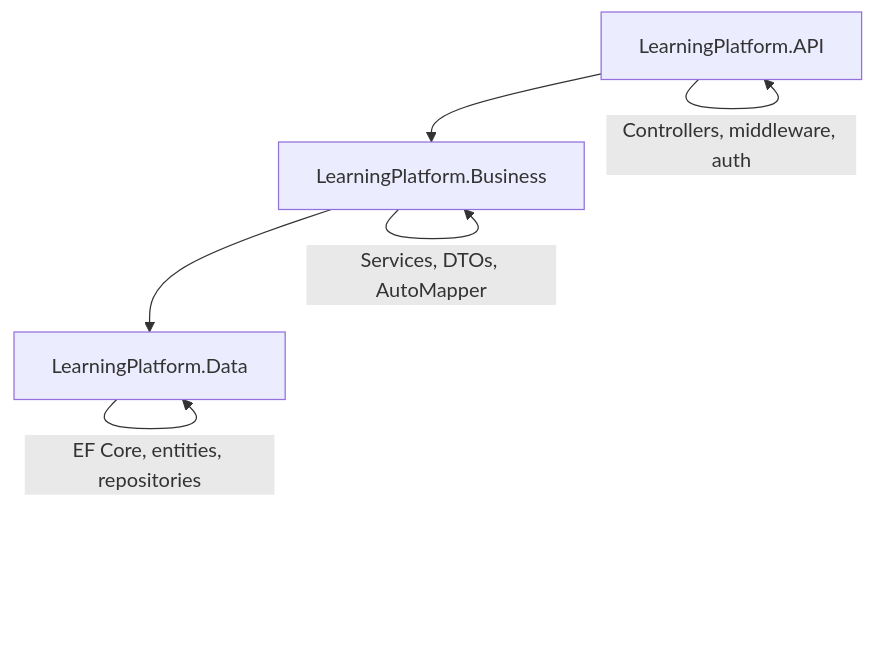
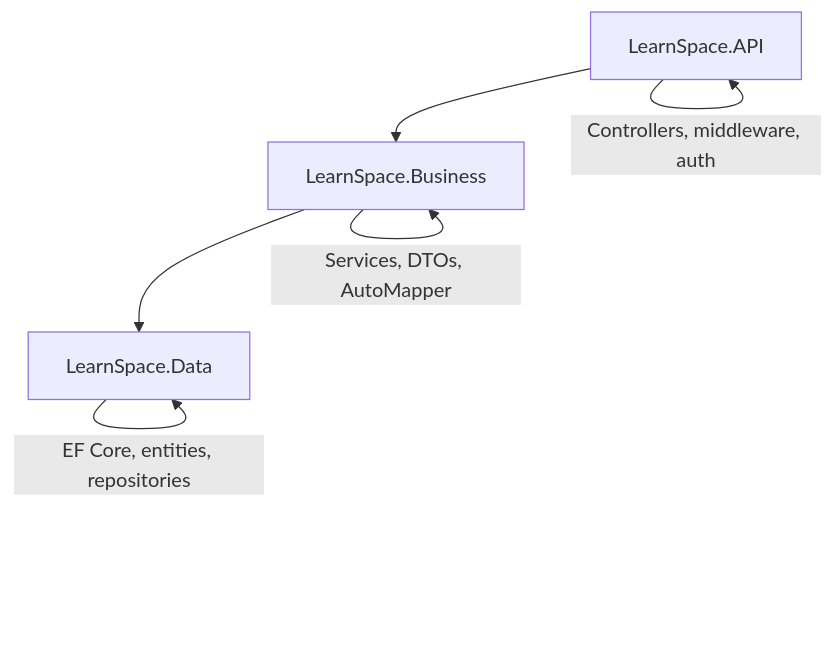
The diagram in README.md (Md-Hasib-Askari/LearnSpace), drawn with Mermaid before and after one commit. The commit also changed other lines of this file and 181 other files, not shown here.

Commit message:
refact: renamed the project from LearningPlatform to LearnSpace

````diff
--- a/README.md
+++ b/README.md
@@ -32,8 +32,8 @@
 ```mermaid
 flowchart TD
-    A[LearningPlatform.API] --> B[LearningPlatform.Business]
-    B --> C[LearningPlatform.Data]
+    A[LearnSpace.API] --> B[LearnSpace.Business]
+    B --> C[LearnSpace.Data]
     A -->|Controllers, middleware, auth| A
     B -->|Services, DTOs, AutoMapper| B
     C -->|EF Core, entities, repositories| C
 ```
````
